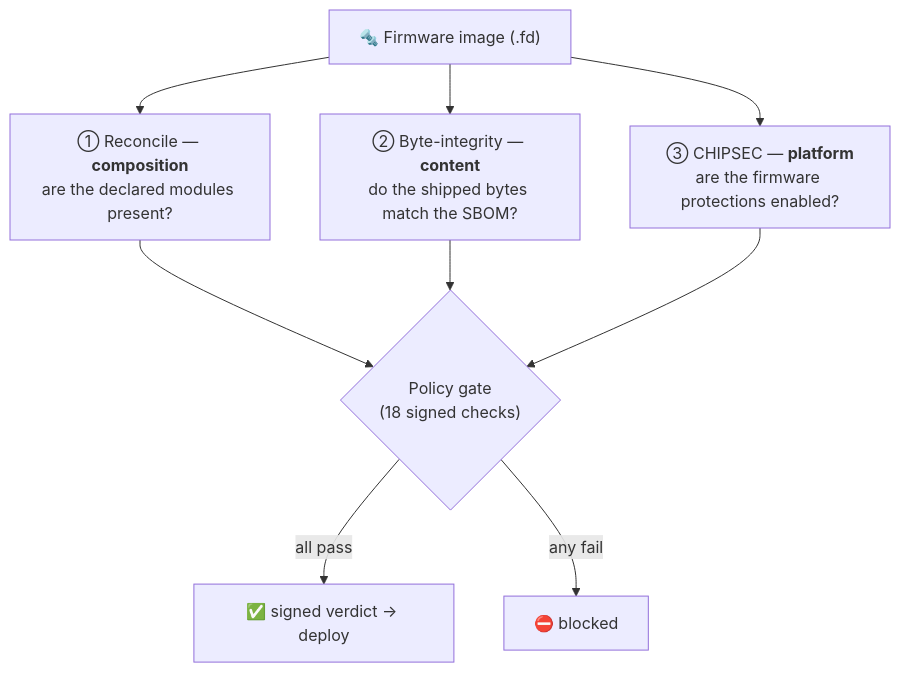
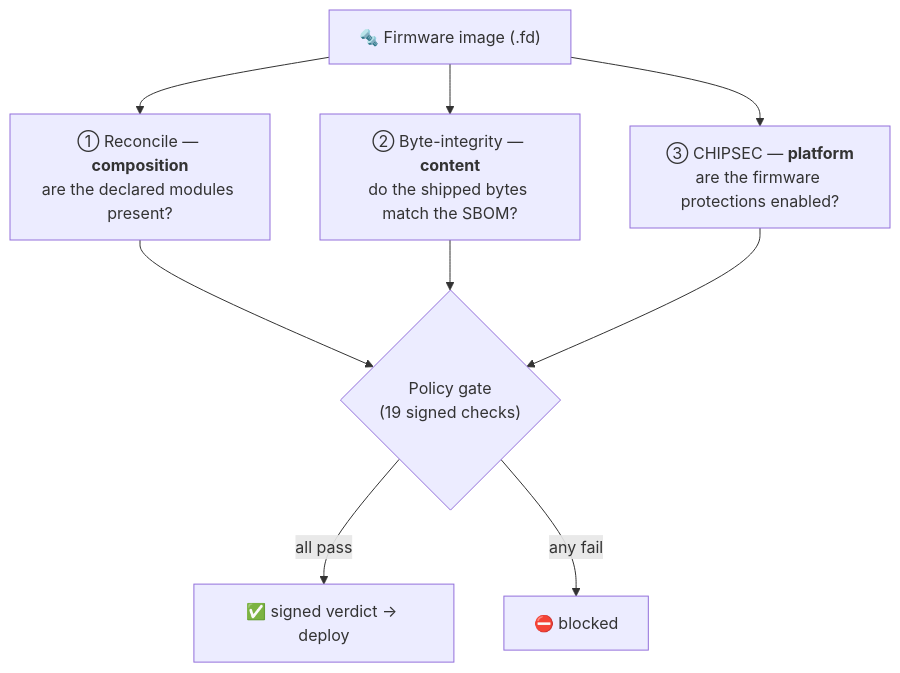
One commit to houdini91/firmware-sbom-supplychain changed the second of 3 diagrams in README.md. Above: the diagram before and after it, drawn with Mermaid. The commit also changed other lines of this file and 35 other files, not shown here.

First line of the commit message:
feat(R8): binary-hardening evidence lane — the gate's 19th signed check

````diff
--- a/README.md
+++ b/README.md
@@ -118,12 +118,12 @@
 ```mermaid
 flowchart TB
     FW["🔩 Firmware image (.fd)"]
     FW --> R["① Reconcile — <b>composition</b><br/>are the declared modules present?"]
     FW --> B["② Byte-integrity — <b>content</b><br/>do the shipped bytes match the SBOM?"]
     FW --> C["③ CHIPSEC — <b>platform</b><br/>are the firmware protections enabled?"]
-    R --> G{"Policy gate<br/>(18 signed checks)"}
+    R --> G{"Policy gate<br/>(19 signed checks)"}
     B --> G
     C --> G
     G -->|all pass| OK["✅ signed verdict → deploy"]
     G -->|any fail| NO["⛔ blocked"]
 ```
````
